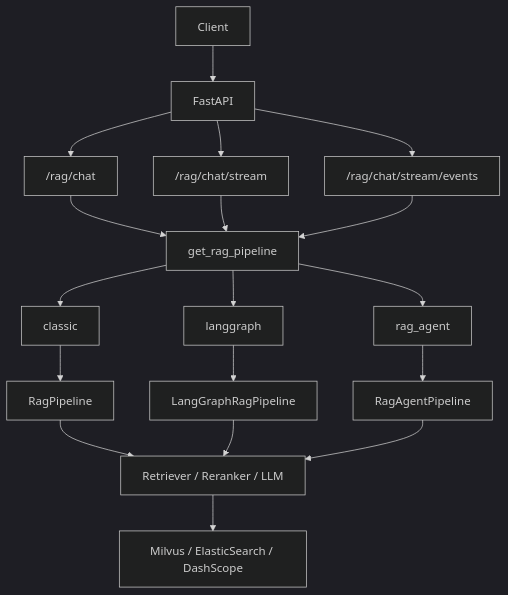
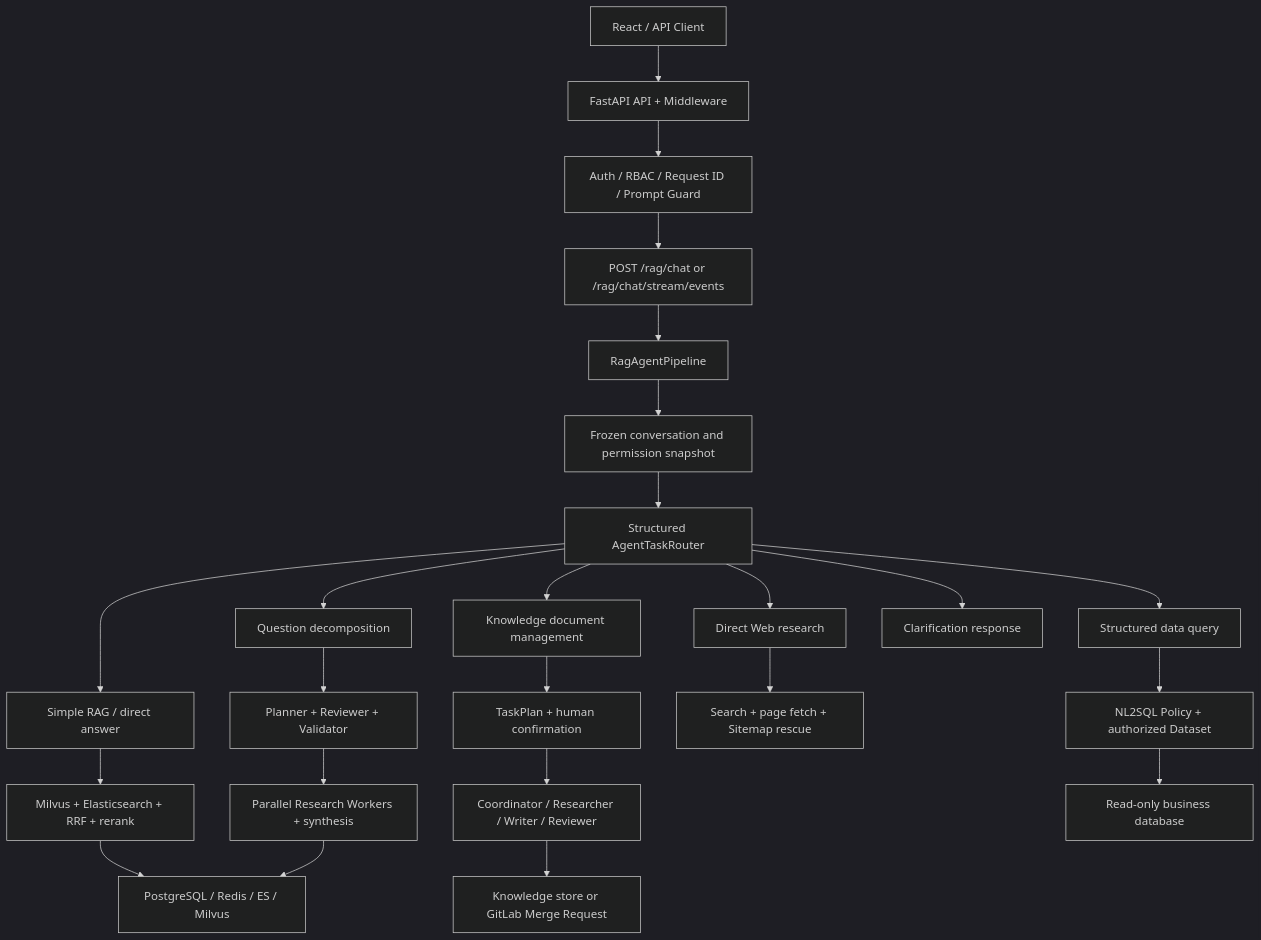
Before and after one commit to TggPoi/AIAgentDev: the diagram in AI_Python_Project/python-agent-study/README.md, drawn with Mermaid (dark theme). The commit also changed other lines of this file and 2 other files, not shown here.

````diff
--- a/AI_Python_Project/python-agent-study/README.md
+++ b/AI_Python_Project/python-agent-study/README.md
@@ -33,20 +31,29 @@
 ```mermaid
 flowchart TD
-    A["Client"] --> B["FastAPI"]
-    B --> C["/rag/chat"]
-    B --> D["/rag/chat/stream"]
-    B --> E["/rag/chat/stream/events"]
-    C --> F["get_rag_pipeline"]
-    D --> F
-    E --> F
-    F --> G["classic"]
-    F --> H["langgraph"]
-    F --> I["rag_agent"]
-    G --> J["RagPipeline"]
-    H --> K["LangGraphRagPipeline"]
-    I --> L["RagAgentPipeline"]
-    J --> M["Retriever / Reranker / LLM"]
-    K --> M
-    L --> M
-    M --> N["Milvus / ElasticSearch / DashScope"]
+    A["React / API Client"] --> B["FastAPI API + Middleware"]
+    B --> C["Auth / RBAC / Request ID / Prompt Guard"]
+    C --> D["POST /rag/chat or /rag/chat/stream/events"]
+    D --> E["RagAgentPipeline"]
+    E --> F["Frozen conversation and permission snapshot"]
+    F --> G["Structured AgentTaskRouter"]
+
+    G --> H["Simple RAG / direct answer"]
+    G --> I["Question decomposition"]
+    G --> J["Knowledge document management"]
+    G --> K["Direct Web research"]
+    G --> L["Structured data query"]
+    G --> M["Clarification response"]
+
+    H --> N["Milvus + Elasticsearch + RRF + rerank"]
+    I --> O["Planner + Reviewer + Validator"]
+    O --> P["Parallel Research Workers + synthesis"]
+    J --> Q["TaskPlan + human confirmation"]
+    Q --> R["Coordinator / Researcher / Writer / Reviewer"]
+    K --> S["Search + page fetch + Sitemap rescue"]
+    L --> T["NL2SQL Policy + authorized Dataset"]
+
+    N --> U["PostgreSQL / Redis / ES / Milvus"]
+    P --> U
+    R --> V["Knowledge store or GitLab Merge Request"]
+    T --> W["Read-only business database"]
 ```
````
